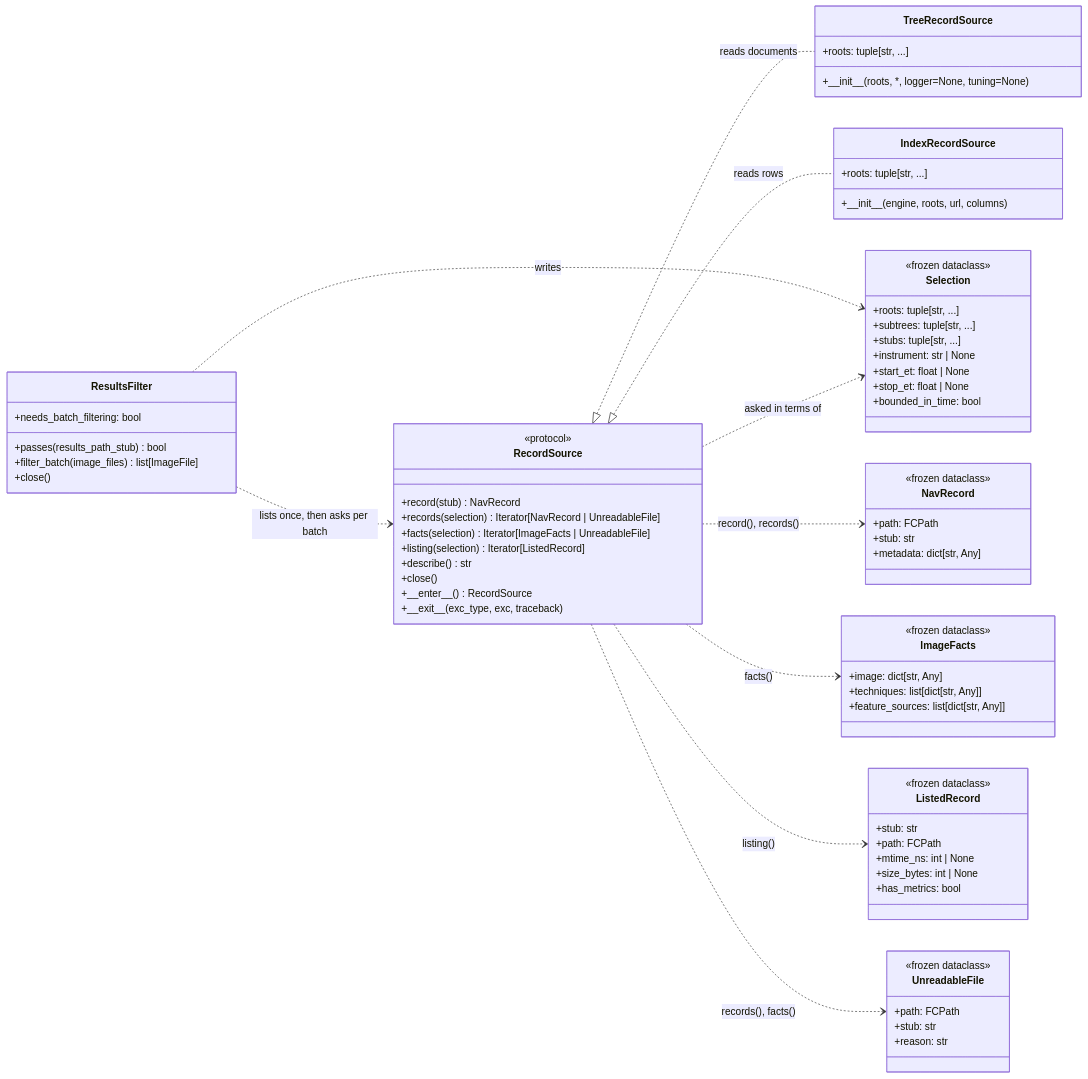
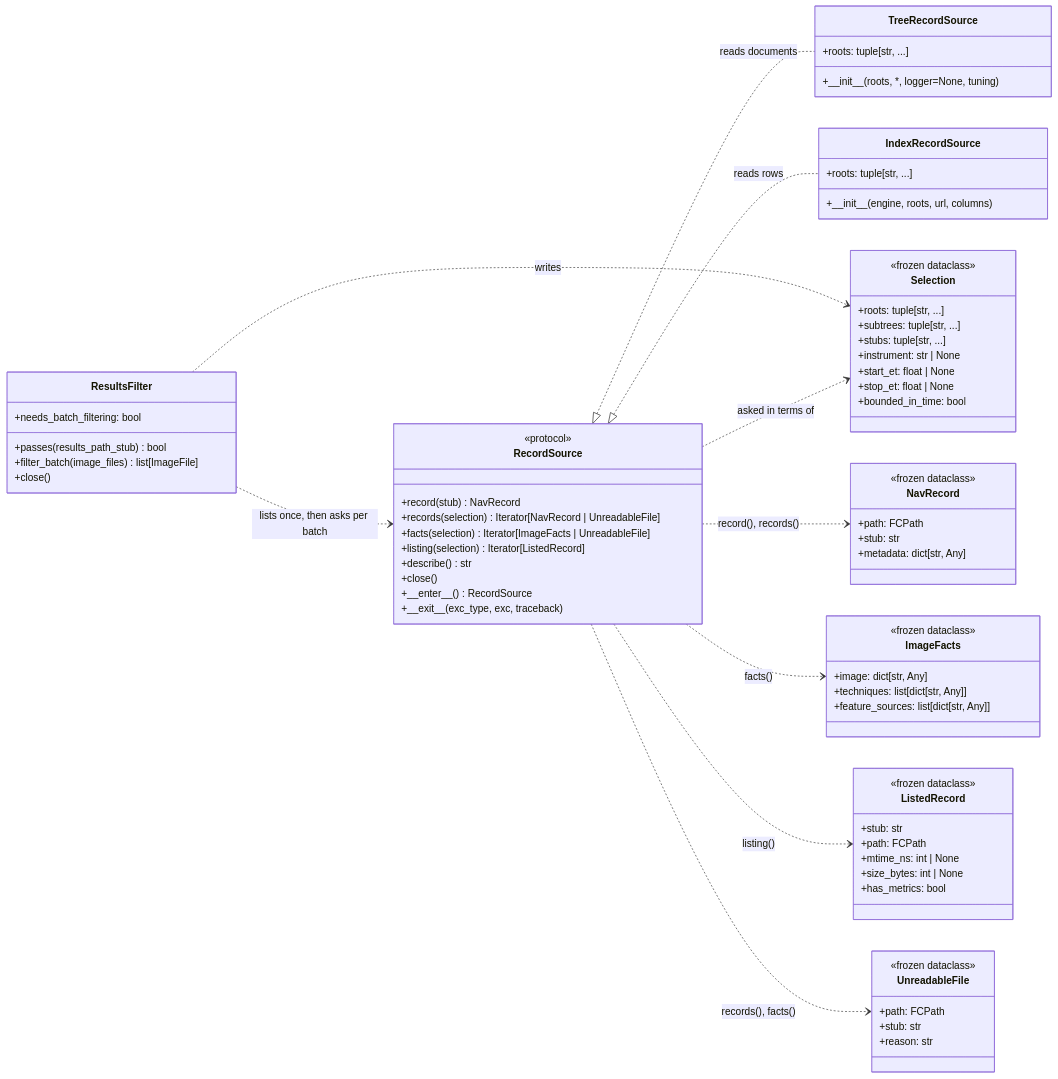
The diagram in docs/dev_guide/dev_guide_results_index.rst (SETI/rms-spindoctor), drawn with Mermaid before and after one commit. The commit also changed 1 other file, not shown here.

Commit message:
fix: cap the FFT upsample factor at 1000
The refinement window is factor + 1 samples on each axis, so a factor
of a million needs about 16 TB. At 1000 the window and its two DFT
matrices take about 65 MB for a 1024-pixel image. The results-index
diagram also shows TreeRecordSource's tuning as required.

Claude-Session: https://claude.ai/code/session_017AiBpfVS9Bz1fBWPWQjieg

```diff
--- a/docs/dev_guide/dev_guide_results_index.rst
+++ b/docs/dev_guide/dev_guide_results_index.rst
@@ -137,7 +137,7 @@
       }
 
       class TreeRecordSource {
-          +\_\_init\_\_(roots, *, logger=None, tuning=None)
+          +\_\_init\_\_(roots, *, logger=None, tuning)
           +roots: tuple[str, ...]
       }
 
```
